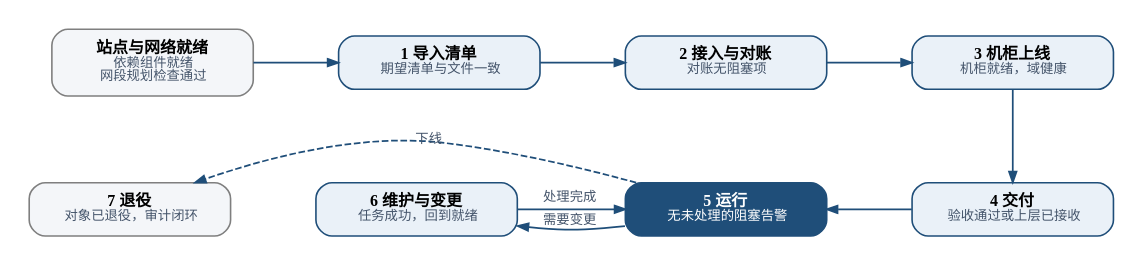
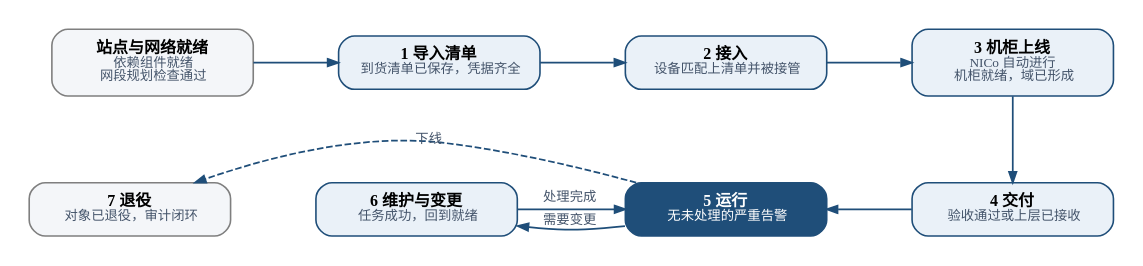
The diagram in docs/design/figures/workflow.dot (DaoCloud/PXEye), drawn with Graphviz before and after one commit. The commit also changed 29 other files, not shown here.

```diff
--- a/docs/design/figures/workflow.dot
+++ b/docs/design/figures/workflow.dot
@@ -1,18 +1,18 @@
 digraph G {
   graph [rankdir=TB, fontname="PingFang SC", nodesep=0.45, ranksep=0.75, bgcolor="white", pad=0.2];
   node  [shape=box, style="rounded,filled", fontname="PingFang SC", fontsize=12, color="#1F4E79", fillcolor="#EAF1F8", penwidth=1.2, margin="0.16,0.12", width=2.1];
   edge  [fontname="PingFang SC", fontsize=10, color="#1F4E79", fontcolor="#44546A", arrowsize=0.8, penwidth=1.3];
   s0 [fillcolor="#F4F6F9", color="#7F7F7F", label=<<b>站点与网络就绪</b><br/><font point-size="10" color="#44546A">依赖组件就绪<br/>网段规划检查通过</font>>];
-  s1 [label=<<b>1 导入清单</b><br/><font point-size="10" color="#44546A">期望清单与文件一致</font>>];
-  s2 [label=<<b>2 接入与对账</b><br/><font point-size="10" color="#44546A">对账无阻塞项</font>>];
-  s3 [label=<<b>3 机柜上线</b><br/><font point-size="10" color="#44546A">机柜就绪，域健康</font>>];
+  s1 [label=<<b>1 导入清单</b><br/><font point-size="10" color="#44546A">到货清单已保存，凭据齐全</font>>];
+  s2 [label=<<b>2 接入</b><br/><font point-size="10" color="#44546A">设备匹配上清单并被接管</font>>];
+  s3 [label=<<b>3 机柜上线</b><br/><font point-size="10" color="#44546A">NICo 自动进行<br/>机柜就绪，域已形成</font>>];
   s4 [label=<<b>4 交付</b><br/><font point-size="10" color="#44546A">验收通过或上层已接收</font>>];
-  s5 [fillcolor="#1F4E79", fontcolor="white", label=<<b>5 运行</b><br/><font point-size="10">无未处理的阻塞告警</font>>];
+  s5 [fillcolor="#1F4E79", fontcolor="white", label=<<b>5 运行</b><br/><font point-size="10">无未处理的严重告警</font>>];
   s6 [label=<<b>6 维护与变更</b><br/><font point-size="10" color="#44546A">任务成功，回到就绪</font>>];
   s7 [fillcolor="#F4F6F9", color="#7F7F7F", label=<<b>7 退役</b><br/><font point-size="10" color="#44546A">对象已退役，审计闭环</font>>];
   {rank=same; s0 -> s1 -> s2 -> s3}
   s3 -> s4;
   {rank=same; s7 -> s6 [style=invis]; s6 -> s5 [label="  处理完成  "]; s5 -> s4 [dir=back]}
   s5 -> s6 [label="  需要变更  ", constraint=false];
   s5 -> s7 [constraint=false, style=dashed, label="下线"];
 }
```
